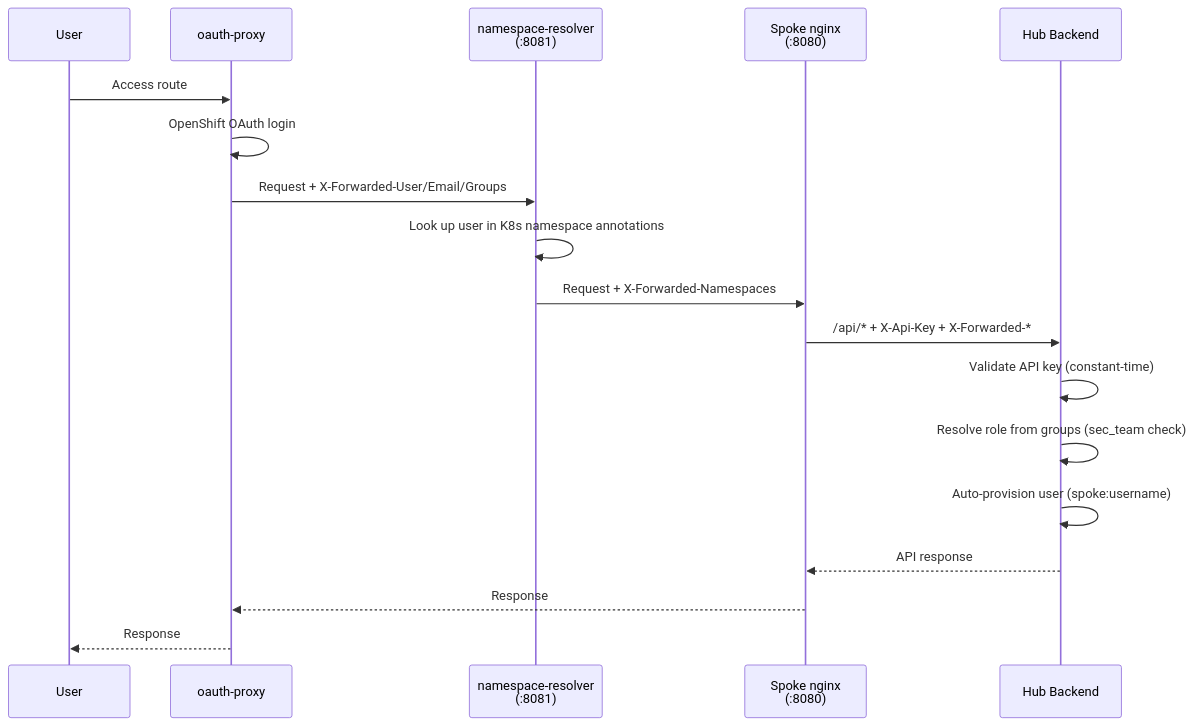
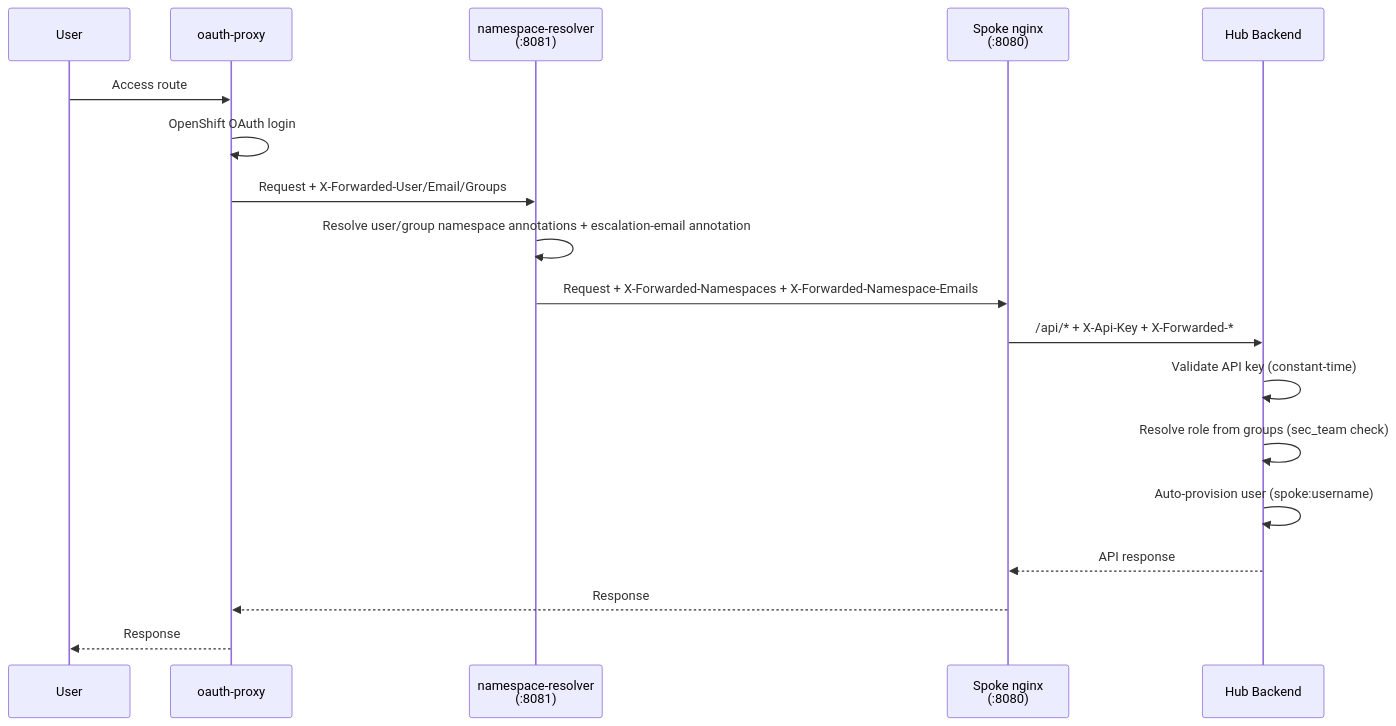
One commit to dadav/rhacs-manager changed the fourth of 4 diagrams in docs/architecture.md. Above: the diagram before and after it, drawn with Mermaid. The commit also changed other lines of this file and 3 other files, not shown here.

````diff
--- a/docs/architecture.md
+++ b/docs/architecture.md
@@ -132,21 +133,21 @@
 ```mermaid
 sequenceDiagram
     participant User
     participant OAuth as oauth-proxy
     participant NR as namespace-resolver<br/>(:8081)
     participant Nginx as Spoke nginx<br/>(:8080)
     participant Hub as Hub Backend
 
     User->>OAuth: Access route
     OAuth->>OAuth: OpenShift OAuth login
     OAuth->>NR: Request + X-Forwarded-User/Email/Groups
-    NR->>NR: Look up user in K8s namespace annotations
-    NR->>Nginx: Request + X-Forwarded-Namespaces
+    NR->>NR: Resolve user/group namespace annotations + escalation-email annotation
+    NR->>Nginx: Request + X-Forwarded-Namespaces + X-Forwarded-Namespace-Emails
     Nginx->>Hub: /api/* + X-Api-Key + X-Forwarded-*
     Hub->>Hub: Validate API key (constant-time)
     Hub->>Hub: Resolve role from groups (sec_team check)
     Hub->>Hub: Auto-provision user (spoke:username)
     Hub-->>Nginx: API response
     Nginx-->>OAuth: Response
     OAuth-->>User: Response
 ```
````
